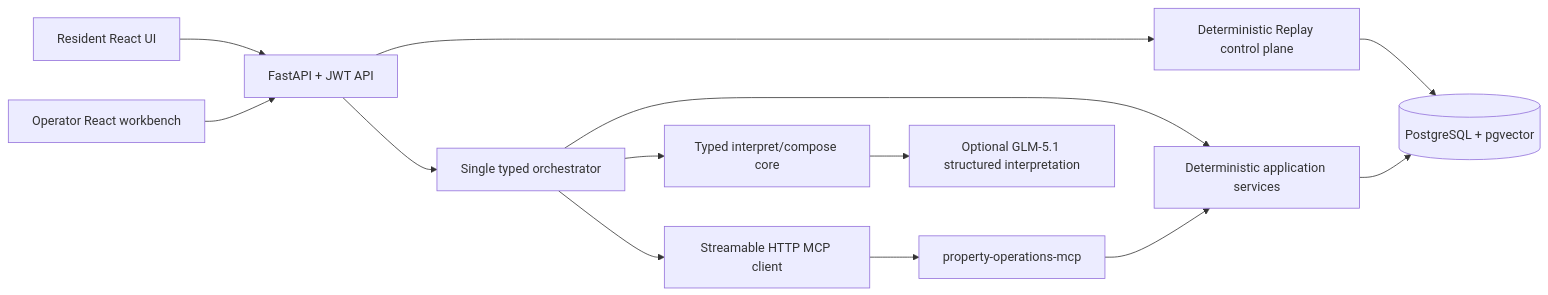
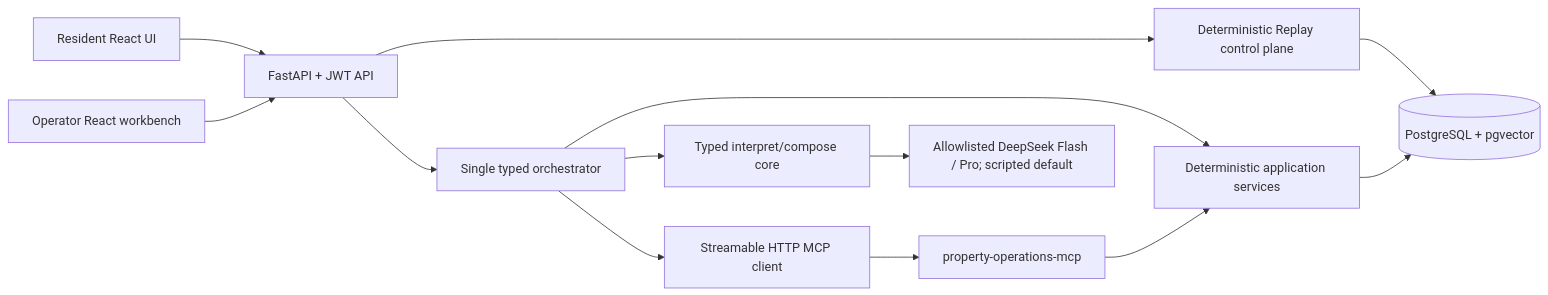
One commit to zzhou854/fixflow changed the diagram in docs/ARCHITECTURE.md. Above: the diagram before and after it, drawn with Mermaid. The commit also changed other lines of this file and 7 other files, not shown here.

````diff
--- a/docs/ARCHITECTURE.md
+++ b/docs/ARCHITECTURE.md
@@ -12,15 +13,15 @@
 ```mermaid
 flowchart LR
     Resident["Resident React UI"] --> API["FastAPI + JWT API"]
     Operator["Operator React workbench"] --> API
     API --> Replay["Deterministic Replay control plane"]
     Replay --> PostgreSQL
     API --> Orchestrator["Single typed orchestrator"]
     Orchestrator --> Services["Deterministic application services"]
     Orchestrator --> LLM["Typed interpret/compose core"]
-    LLM --> GLM["Optional GLM-5.1 structured interpretation"]
+    LLM --> Online["Allowlisted DeepSeek Flash / Pro; scripted default"]
     Orchestrator --> MCPClient["Streamable HTTP MCP client"]
     MCPClient --> MCP["property-operations-mcp"]
     MCP --> Services
     Services --> PostgreSQL[("PostgreSQL + pgvector")]
 ```
````
